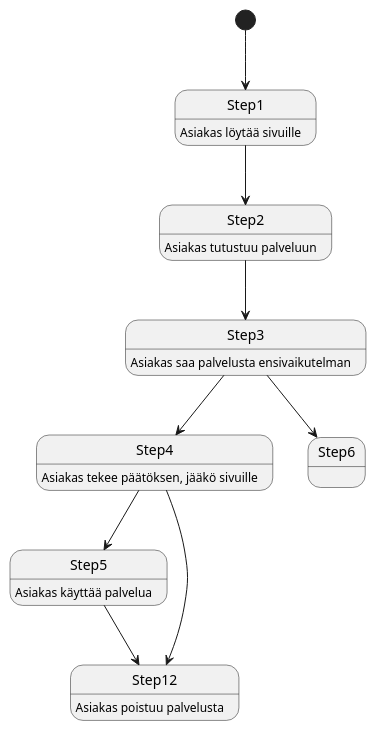
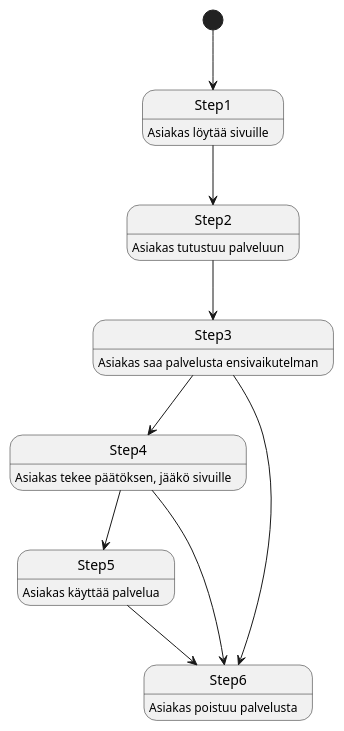
The second of 5 diagrams in dokumentit/20-Vaatimustenhallinta/vaatimusmaaritely-tiivis.md (Pipe80/Projekti-ja-k-yt-neteet-kurssi), drawn with PlantUML before and after one commit.

````diff
--- a/dokumentit/20-Vaatimustenhallinta/vaatimusmaaritely-tiivis.md
+++ b/dokumentit/20-Vaatimustenhallinta/vaatimusmaaritely-tiivis.md
@@ -73,17 +73,17 @@
 ```plantuml
 Step1: Asiakas löytää sivuille 
 Step2: Asiakas tutustuu palveluun
 Step3: Asiakas saa palvelusta ensivaikutelman
 Step4: Asiakas tekee päätöksen, jääkö sivuille
 Step5: Asiakas käyttää palvelua
-Step12: Asiakas poistuu palvelusta
+Step6: Asiakas poistuu palvelusta
 
 [*] --> Step1
 Step1 --> Step2
 Step2 --> Step3
 Step3 --> Step6
 Step3 --> Step4
-Step4 --> Step12
+Step4 --> Step6
 Step4 --> Step5
-Step5 --> Step12
+Step5 --> Step6
 ```
````
